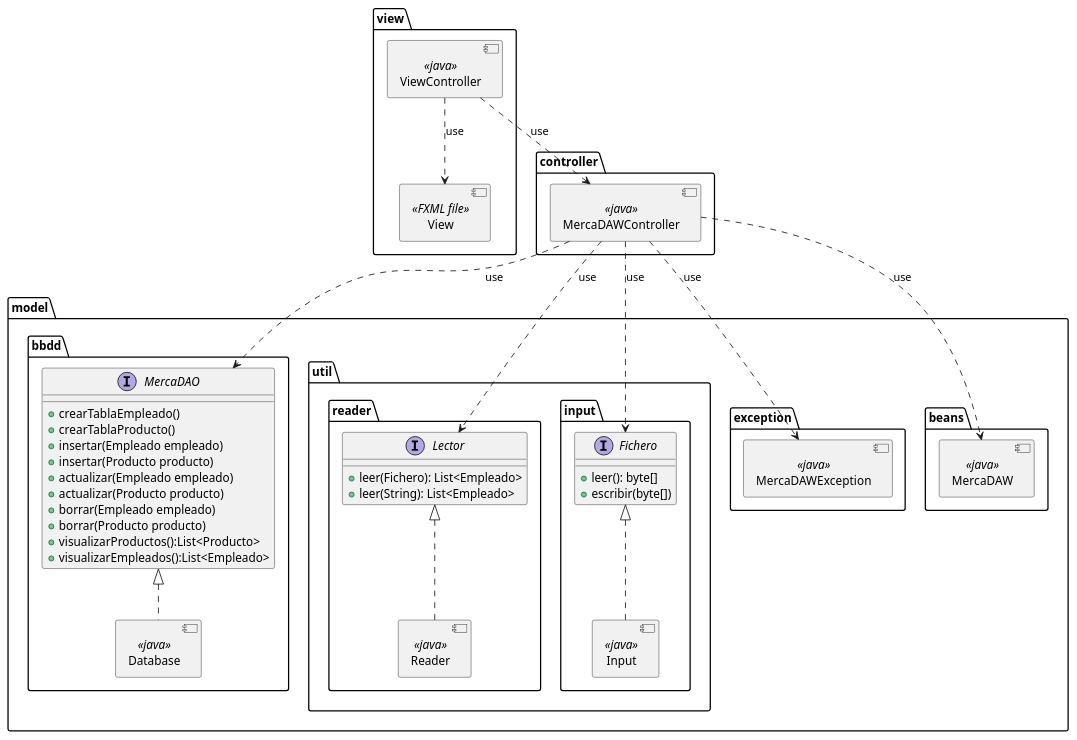
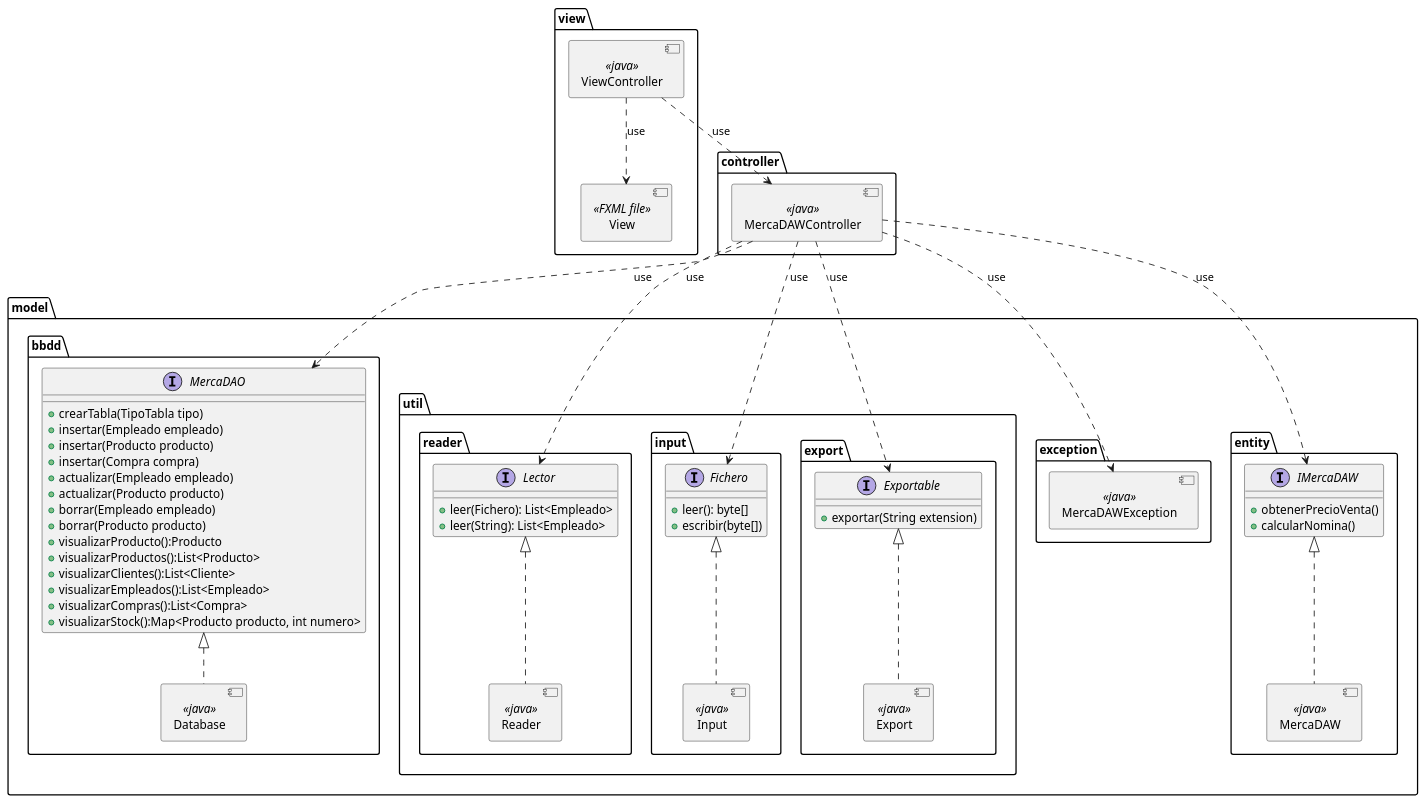
One commit to dmadcha/mercadaw_trabajo_ev3 changed the second of 2 diagrams in design/Componentes.pu. Above: the diagram before and after it, drawn with PlantUML.

Commit message:
ComponentesFix

```diff
--- a/design/Componentes.pu
+++ b/design/Componentes.pu
@@ -12,79 +12,99 @@
 @startuml disenyo
 allow_mixing
 top to bottom direction
 package view{
 
     component View <<FXML file>>
 
     component ViewController <<java>>
 }
 
 package controller{
     component MercaDAWController <<java>>
 
 }
 
 package model{
 
     package bbdd{
         component Database <<java>>
 
         interface MercaDAO{
-            + crearTablaEmpleado()
-            + crearTablaProducto()
+            + crearTabla(TipoTabla tipo)
             + insertar(Empleado empleado)
             + insertar(Producto producto)
+            + insertar(Compra compra)
             + actualizar(Empleado empleado)
             + actualizar(Producto producto)
             + borrar(Empleado empleado)
             + borrar(Producto producto)
+            + visualizarProducto():Producto
             + visualizarProductos():List<Producto>
+            + visualizarClientes():List<Cliente>
             + visualizarEmpleados():List<Empleado>
+            + visualizarCompras():List<Compra>
+            + visualizarStock():Map<Producto producto, int numero>
+        }
 
-        }
+        MercaDAO <|.. Database 
     }
 
     package util{
         package reader{
             component Reader <<java>>
             interface Lector {
                 + leer(Fichero): List<Empleado>
                 + leer(String): List<Empleado>
             }
         }
         package input{
             component Input <<java>>
             interface Fichero {
                 + leer(): byte[]
                 + escribir(byte[])
             }
         } 
         
+        package export{
+            component Export <<java>>
+            interface Exportable {
+                + exportar(String extension)
+            }
+        }
+
+        Exportable <|.. Export
+        Lector <|.. Reader  
+        Fichero <|.. Input  
 
     }
+
+    
 
     package exception{
         component MercaDAWException <<java>>
     }
 
-    package beans{
+    package entity{
+        interface IMercaDAW{
+            + obtenerPrecioVenta()
+            + calcularNomina()
+            
+        }
+
         component MercaDAW <<java>>
+
+        IMercaDAW <|.. MercaDAW
     }
 }
 
     ViewController ..> View: use
 
     ViewController ..> MercaDAWController: use
 
+    MercaDAWController ..> Exportable: use
     MercaDAWController ..> MercaDAO: use
     MercaDAWController ..> Lector: use
     MercaDAWController ..> Fichero: use
     MercaDAWController ..> MercaDAWException: use
-    MercaDAWController ..> MercaDAW: use
-
-
-    MercaDAO <|.. Database  
-    Lector <|.. Reader  
-    Fichero <|.. Input  
-
+    MercaDAWController ..> IMercaDAW: use
 @enduml
```
